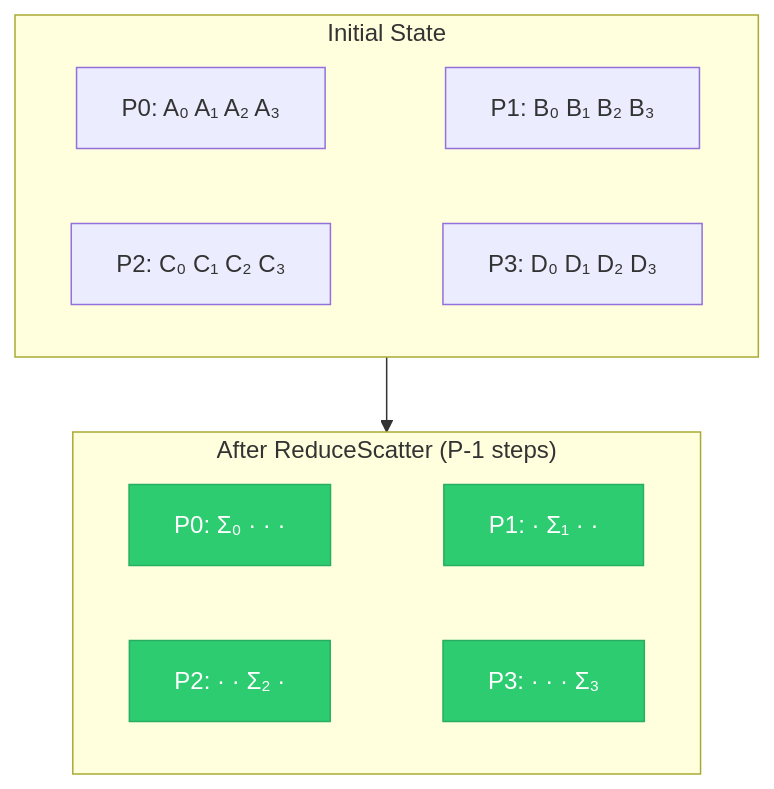
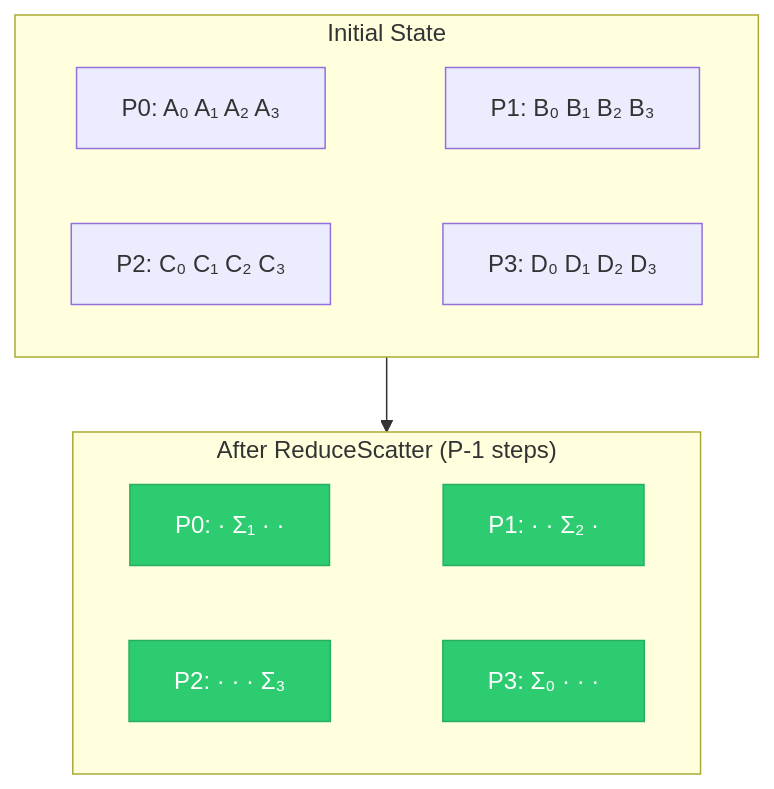
The second of 4 diagrams in docs/collectives/12-ring-tree-algorithms.md (ttsugriy/distributed-training-book), drawn with Mermaid before and after one commit. The commit also changed other lines of this file, not shown here.

````diff
--- a/docs/collectives/12-ring-tree-algorithms.md
+++ b/docs/collectives/12-ring-tree-algorithms.md
@@ -186,21 +198,21 @@
 ```mermaid
 flowchart TB
     subgraph step0["Initial State"]
         direction LR
         A0["P0: A₀ A₁ A₂ A₃"] ~~~ B0["P1: B₀ B₁ B₂ B₃"]
         C0["P2: C₀ C₁ C₂ C₃"] ~~~ D0["P3: D₀ D₁ D₂ D₃"]
     end
 
     subgraph step3["After ReduceScatter (P-1 steps)"]
         direction LR
-        A3["P0: Σ₀ · · ·"] ~~~ B3["P1: · Σ₁ · ·"]
-        C3["P2: · · Σ₂ ·"] ~~~ D3["P3: · · · Σ₃"]
+        A3["P0: · Σ₁ · ·"] ~~~ B3["P1: · · Σ₂ ·"]
+        C3["P2: · · · Σ₃"] ~~~ D3["P3: Σ₀ · · ·"]
     end
 
     step0 --> step3
 
     style A3 fill:#2ecc71,stroke:#27ae60,color:white
     style B3 fill:#2ecc71,stroke:#27ae60,color:white
     style C3 fill:#2ecc71,stroke:#27ae60,color:white
     style D3 fill:#2ecc71,stroke:#27ae60,color:white
 ```
````
